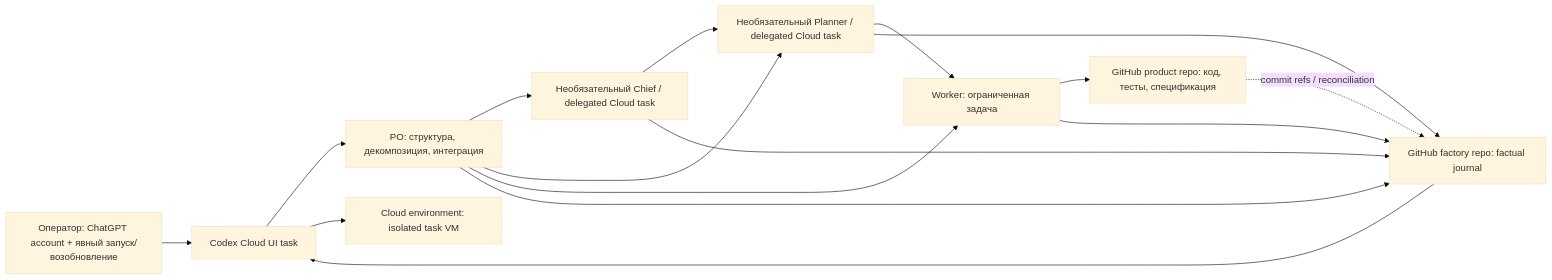
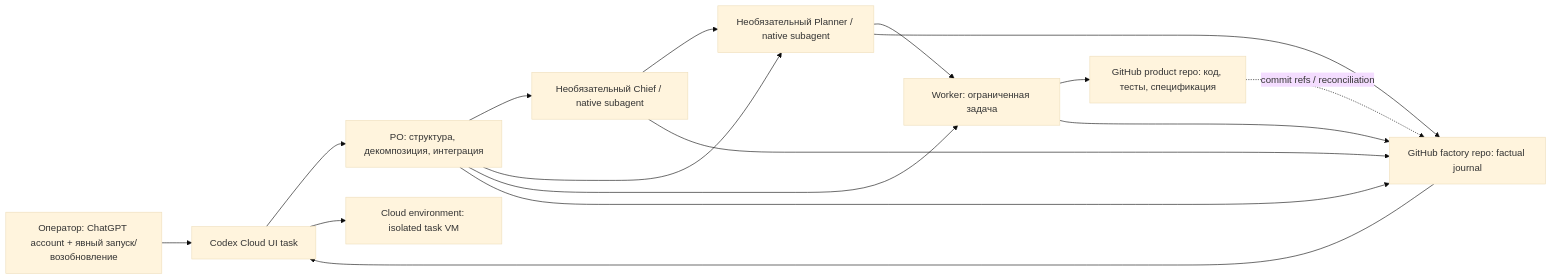
Before and after one commit to fishr-flash/ai-factory-expirement: the first of 2 diagrams in docs/superpowers/specs/2026-10-18-ai-factory-design.md, drawn with Mermaid (base theme). The commit also changed other lines of this file and 2 other files, not shown here.

Commit message:
Adopt native Codex subagents for AI Factory design

````diff
--- a/docs/superpowers/specs/2026-10-18-ai-factory-design.md
+++ b/docs/superpowers/specs/2026-10-18-ai-factory-design.md
@@ -18,18 +18,18 @@
 ```mermaid
 flowchart LR
   H[Оператор: ChatGPT account + явный запуск/возобновление] --> R[Codex Cloud UI task]
   R --> P[PO: структура, декомпозиция, интеграция]
-  P --> C[Необязательный Chief / delegated Cloud task]
-  P --> L[Необязательный Planner / delegated Cloud task]
+  P --> C[Необязательный Chief / native subagent]
+  P --> L[Необязательный Planner / native subagent]
   C --> L
   L --> W[Worker: ограниченная задача]
   P --> W
   W --> PR[GitHub product repo: код, тесты, спецификация]
   W --> FR[GitHub factory repo: factual journal]
   P --> FR
   C --> FR
   L --> FR
   PR -. commit refs / reconciliation .-> FR
   FR --> R
   R --> O[Cloud environment: isolated task VM]
 ```
````
